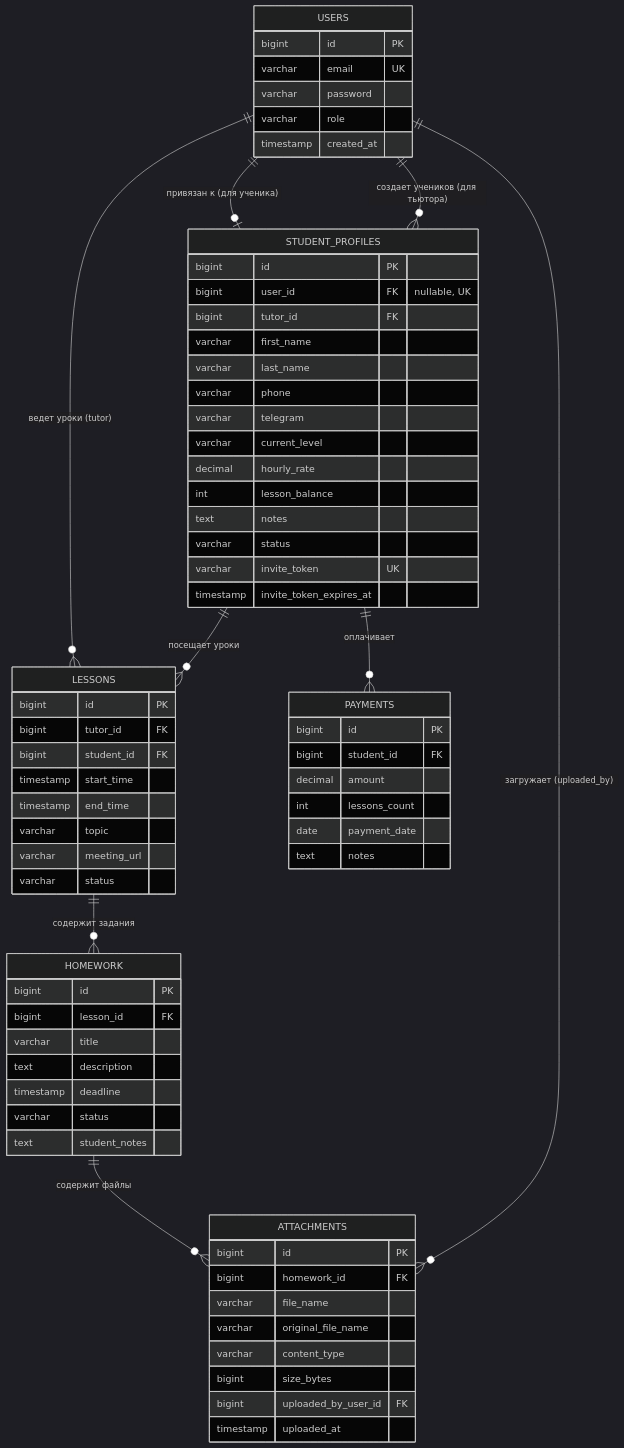
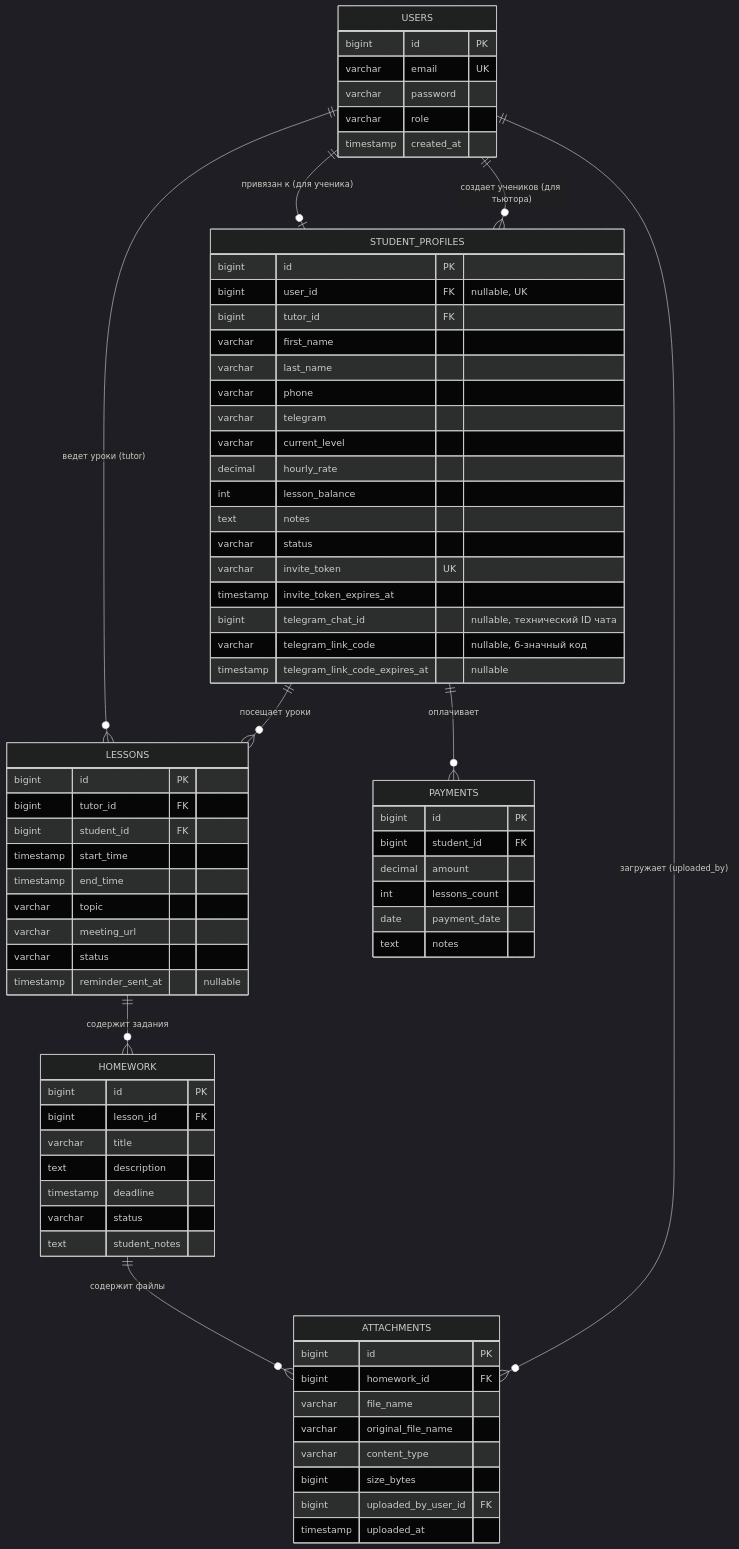
One commit to alisher228-afk/CrmForTutor changed the first of 3 diagrams in README.md. Above: the diagram before and after it, drawn with Mermaid (dark theme). The commit also changed other lines of this file and 88 other files, not shown here.

````diff
--- a/README.md
+++ b/README.md
@@ -58,77 +60,81 @@
 ```mermaid
 erDiagram
     USERS ||--o| STUDENT_PROFILES : "привязан к (для ученика)"
     USERS ||--o{ STUDENT_PROFILES : "создает учеников (для тьютора)"
     USERS ||--o{ LESSONS : "ведет уроки (tutor)"
     STUDENT_PROFILES ||--o{ LESSONS : "посещает уроки"
     STUDENT_PROFILES ||--o{ PAYMENTS : "оплачивает"
     LESSONS ||--o{ HOMEWORK : "содержит задания"
     HOMEWORK ||--o{ ATTACHMENTS : "содержит файлы"
     USERS ||--o{ ATTACHMENTS : "загружает (uploaded_by)"
 
     USERS {
         bigint id PK
         varchar email UK
         varchar password
         varchar role
         timestamp created_at
     }
 
     STUDENT_PROFILES {
         bigint id PK
         bigint user_id FK "nullable, UK"
         bigint tutor_id FK
         varchar first_name
         varchar last_name
         varchar phone
         varchar telegram
         varchar current_level
         decimal hourly_rate
         int lesson_balance
         text notes
         varchar status
         varchar invite_token UK
         timestamp invite_token_expires_at
+        bigint telegram_chat_id "nullable, технический ID чата"
+        varchar telegram_link_code "nullable, 6-значный код"
+        timestamp telegram_link_code_expires_at "nullable"
     }
 
     LESSONS {
         bigint id PK
         bigint tutor_id FK
         bigint student_id FK
         timestamp start_time
         timestamp end_time
         varchar topic
         varchar meeting_url
         varchar status
+        timestamp reminder_sent_at "nullable"
     }
 
     PAYMENTS {
         bigint id PK
         bigint student_id FK
         decimal amount
         int lessons_count
         date payment_date
         text notes
     }
 
     HOMEWORK {
         bigint id PK
         bigint lesson_id FK
         varchar title
         text description
         timestamp deadline
         varchar status
         text student_notes
     }
 
     ATTACHMENTS {
         bigint id PK
         bigint homework_id FK
         varchar file_name
         varchar original_file_name
         varchar content_type
         bigint size_bytes
         bigint uploaded_by_user_id FK
         timestamp uploaded_at
     }
 ```
````
